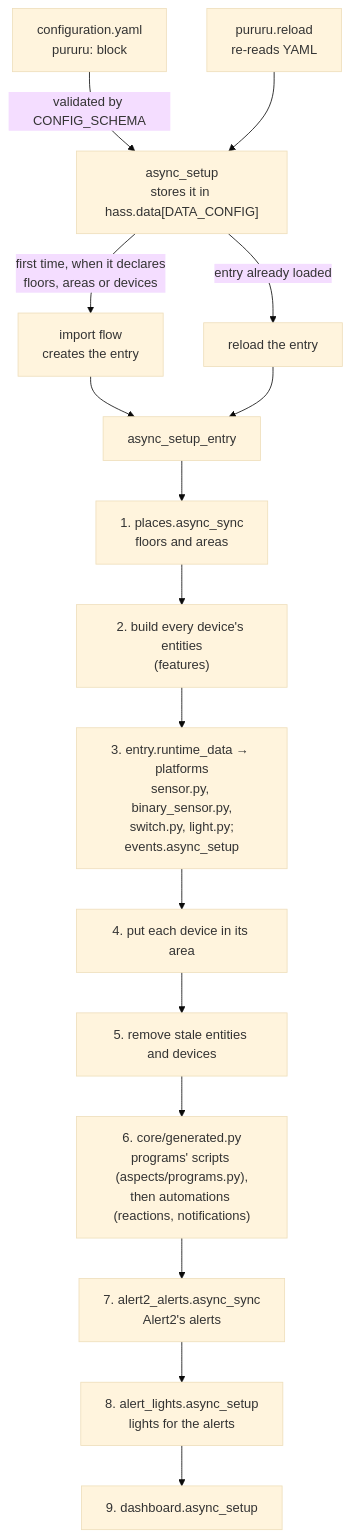
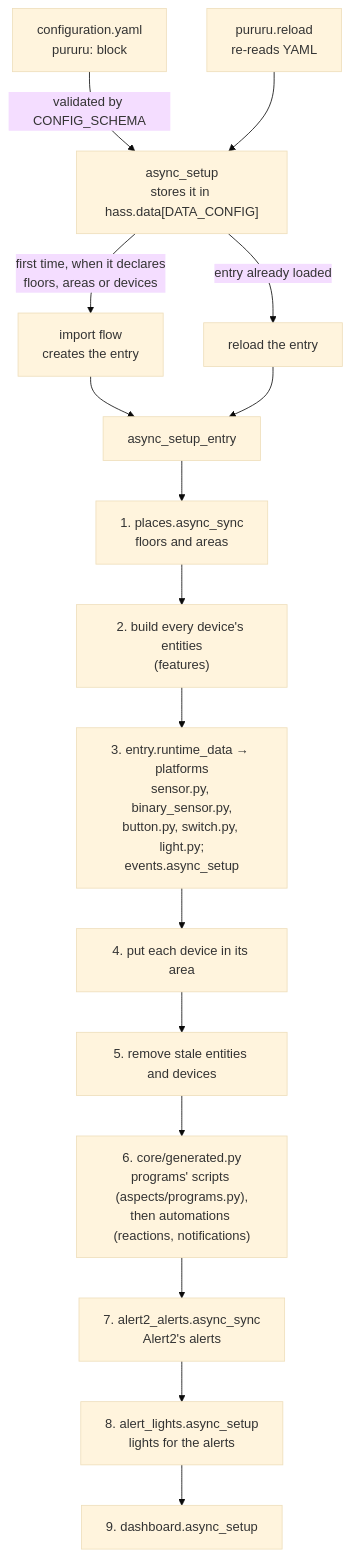
The diagram in docs/develop/architecture.mdx (thatsnotmynameio/pururu-ha), drawn with Mermaid (base theme) before and after one commit. The commit also changed other lines of this file and 27 other files, not shown here.

First line of the commit message:
pururu: buttons, a sensor's value as a button that starts a program (0.2.0) (#65)

````diff
--- a/docs/develop/architecture.mdx
+++ b/docs/develop/architecture.mdx
@@ -10,18 +10,18 @@
 ```mermaid
 flowchart TD
     Y["configuration.yaml<br/>pururu: block"] -->|"validated by CONFIG_SCHEMA"| S["async_setup<br/>stores it in hass.data[DATA_CONFIG]"]
     S -->|"first time, when it declares<br/>floors, areas or devices"| F["import flow<br/>creates the entry"]
     S -->|"entry already loaded"| R["reload the entry"]
     F --> E
     R --> E
     RS["pururu.reload<br/>re-reads YAML"] --> S
     E["async_setup_entry"] --> Step1["1. places.async_sync<br/>floors and areas"]
     Step1 --> Step2["2. build every device's entities<br/>(features)"]
-    Step2 --> Step3["3. entry.runtime_data → platforms<br/>sensor.py, binary_sensor.py,<br/>switch.py, light.py;<br/>events.async_setup"]
+    Step2 --> Step3["3. entry.runtime_data → platforms<br/>sensor.py, binary_sensor.py,<br/>button.py, switch.py, light.py;<br/>events.async_setup"]
     Step3 --> Step4["4. put each device in its area"]
     Step4 --> Step5["5. remove stale entities and devices"]
     Step5 --> Step6["6. core/generated.py<br/>programs' scripts (aspects/programs.py),<br/>then automations (reactions, notifications)"]
     Step6 --> Step7["7. alert2_alerts.async_sync<br/>Alert2's alerts"]
     Step7 --> Step8["8. alert_lights.async_setup<br/>lights for the alerts"]
     Step8 --> Step9["9. dashboard.async_setup"]
 ```
````
